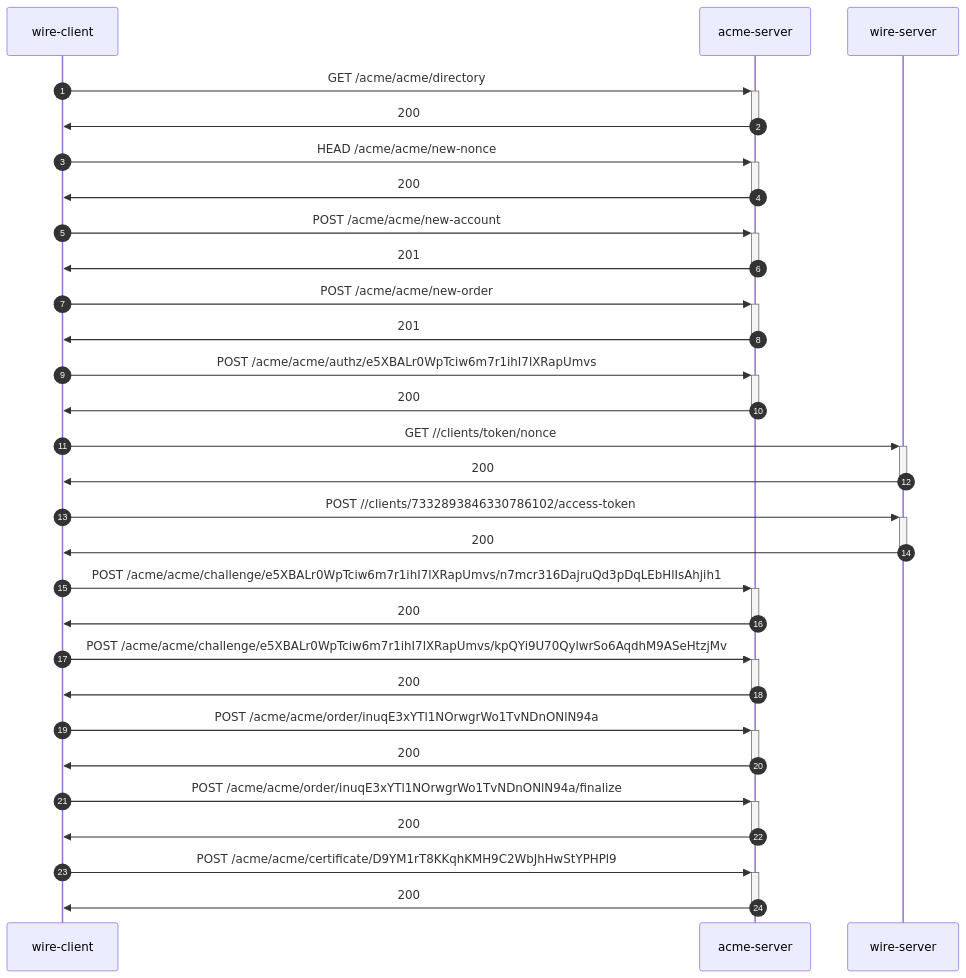
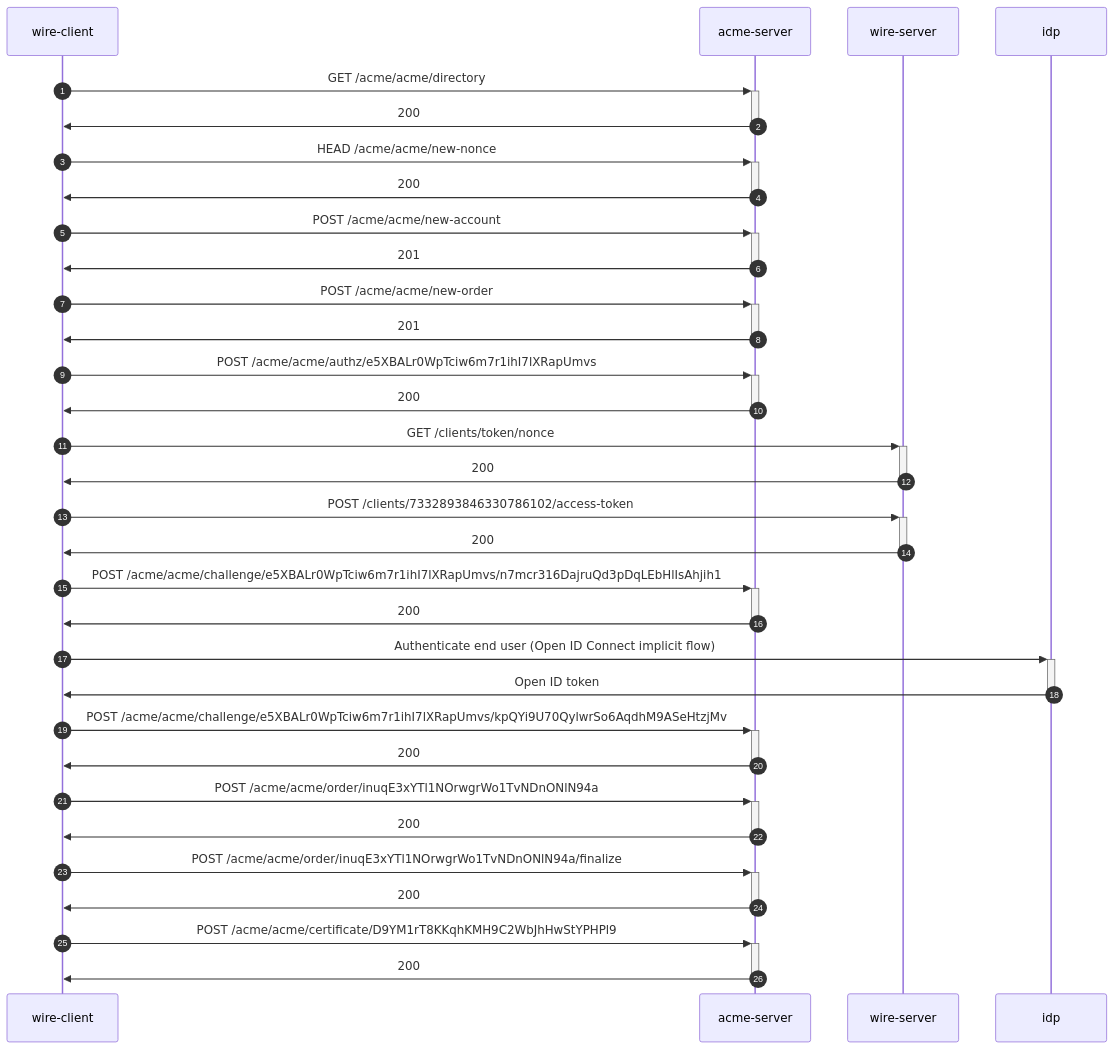
One commit to wireapp/rusty-jwt-tools changed the diagram in e2e-identity/README.md. Above: the diagram before and after it, drawn with Mermaid. The commit also changed other lines of this file, not shown here.

````diff
--- a/e2e-identity/README.md
+++ b/e2e-identity/README.md
@@ -3,28 +3,30 @@
 ```mermaid
 sequenceDiagram
     autonumber
     wire-client->>+acme-server: GET /acme/acme/directory
     acme-server->>-wire-client: 200
     wire-client->>+acme-server: HEAD /acme/acme/new-nonce
     acme-server->>-wire-client: 200
     wire-client->>+acme-server: POST /acme/acme/new-account
     acme-server->>-wire-client: 201
     wire-client->>+acme-server: POST /acme/acme/new-order
     acme-server->>-wire-client: 201
     wire-client->>+acme-server: POST /acme/acme/authz/e5XBALr0WpTciw6m7r1ihI7lXRapUmvs
     acme-server->>-wire-client: 200
-    wire-client->>+wire-server: GET //clients/token/nonce
+    wire-client->>+wire-server: GET /clients/token/nonce
     wire-server->>-wire-client: 200
-    wire-client->>+wire-server: POST //clients/7332893846330786102/access-token
+    wire-client->>+wire-server: POST /clients/7332893846330786102/access-token
     wire-server->>-wire-client: 200
     wire-client->>+acme-server: POST /acme/acme/challenge/e5XBALr0WpTciw6m7r1ihI7lXRapUmvs/n7mcr316DajruQd3pDqLEbHlIsAhjih1
     acme-server->>-wire-client: 200
+    wire-client->>+idp: Authenticate end user (Open ID Connect implicit flow)
+    idp->>-wire-client: Open ID token
     wire-client->>+acme-server: POST /acme/acme/challenge/e5XBALr0WpTciw6m7r1ihI7lXRapUmvs/kpQYi9U70QylwrSo6AqdhM9ASeHtzjMv
     acme-server->>-wire-client: 200
     wire-client->>+acme-server: POST /acme/acme/order/inuqE3xYTl1NOrwgrWo1TvNDnONlN94a
     acme-server->>-wire-client: 200
     wire-client->>+acme-server: POST /acme/acme/order/inuqE3xYTl1NOrwgrWo1TvNDnONlN94a/finalize
     acme-server->>-wire-client: 200
     wire-client->>+acme-server: POST /acme/acme/certificate/D9YM1rT8KKqhKMH9C2WbJhHwStYPHPl9
     acme-server->>-wire-client: 200
 ```
````
